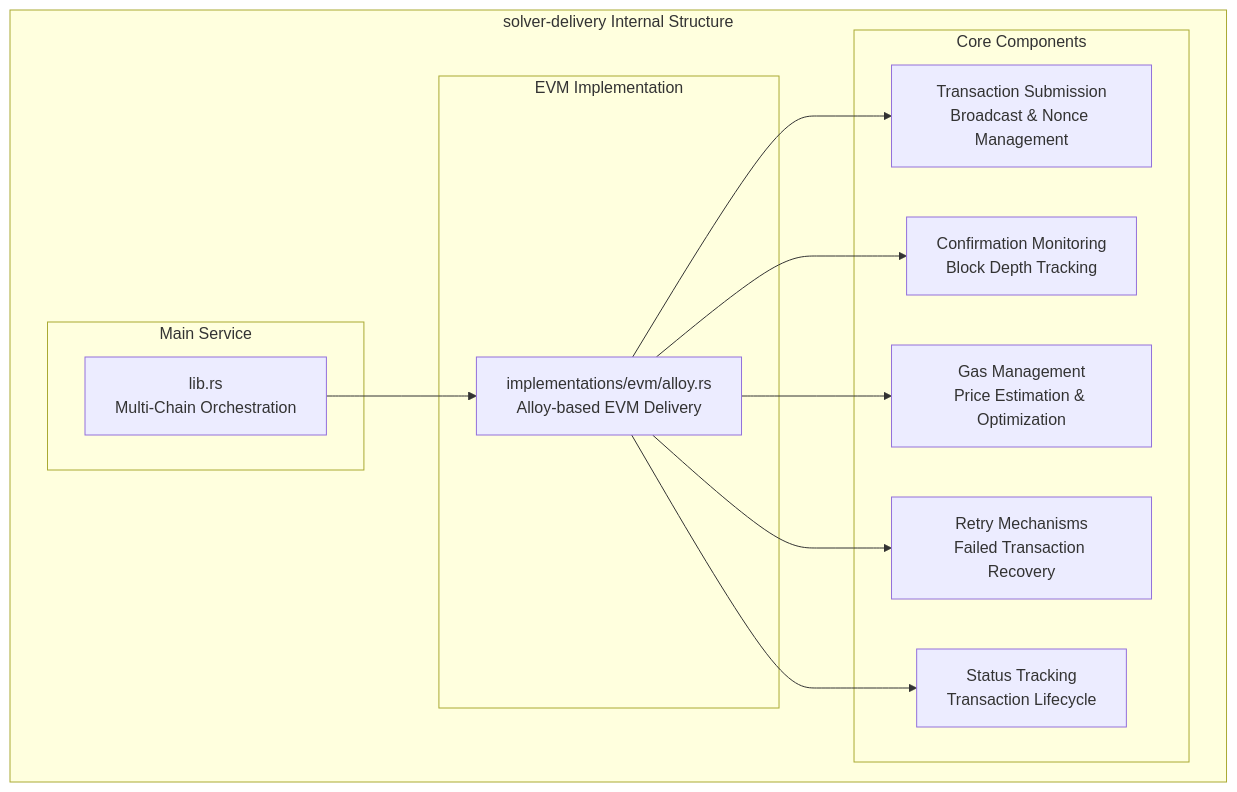
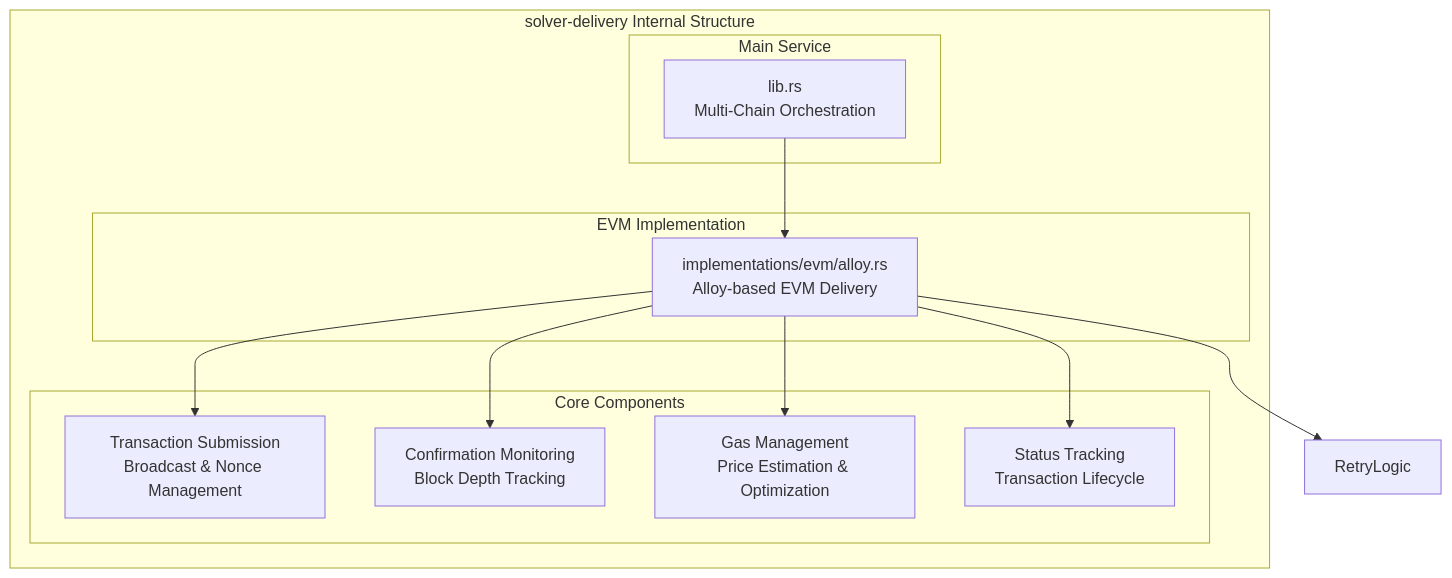
The first of 2 diagrams in docs/developer/crates/solver-delivery.md (openintentsframework/oif-solver), drawn with Mermaid before and after one commit. The commit also changed 1 other file, not shown here.

Commit message:
docs: Improvements

````diff
--- a/docs/developer/crates/solver-delivery.md
+++ b/docs/developer/crates/solver-delivery.md
@@ -9,27 +9,26 @@
 ```mermaid
 graph TB
     subgraph "solver-delivery Internal Structure"
         subgraph "Main Service"
             DeliveryService[lib.rs<br/>Multi-Chain Orchestration]
         end
 
         subgraph "EVM Implementation"
             AlloyImpl[implementations/evm/alloy.rs<br/>Alloy-based EVM Delivery]
         end
 
         subgraph "Core Components"
             TxSubmission[Transaction Submission<br/>Broadcast & Nonce Management]
             ConfirmationMonitor[Confirmation Monitoring<br/>Block Depth Tracking]
             GasOptimization[Gas Management<br/>Price Estimation & Optimization]
-            RetryLogic[Retry Mechanisms<br/>Failed Transaction Recovery]
             StateTracking[Status Tracking<br/>Transaction Lifecycle]
         end
     end
 
     DeliveryService --> AlloyImpl
     AlloyImpl --> TxSubmission
     AlloyImpl --> ConfirmationMonitor
     AlloyImpl --> GasOptimization
     AlloyImpl --> RetryLogic
     AlloyImpl --> StateTracking
 ```
````
